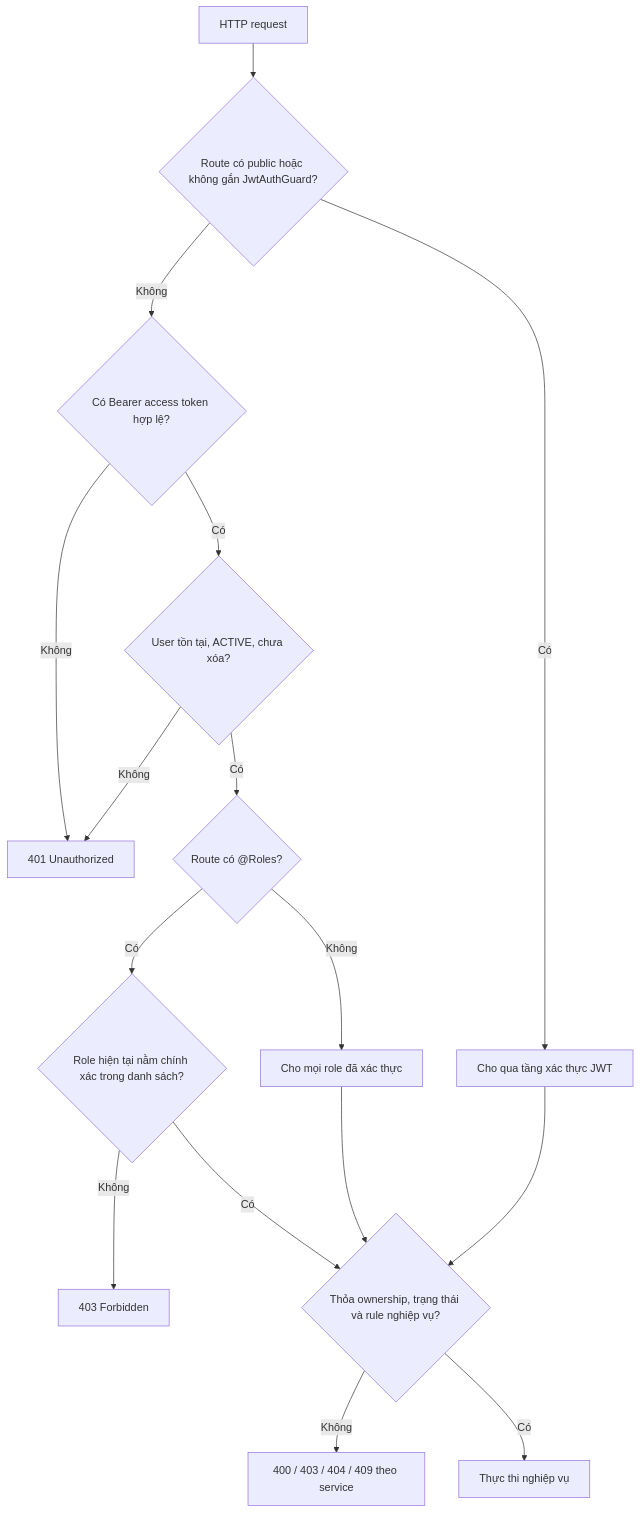
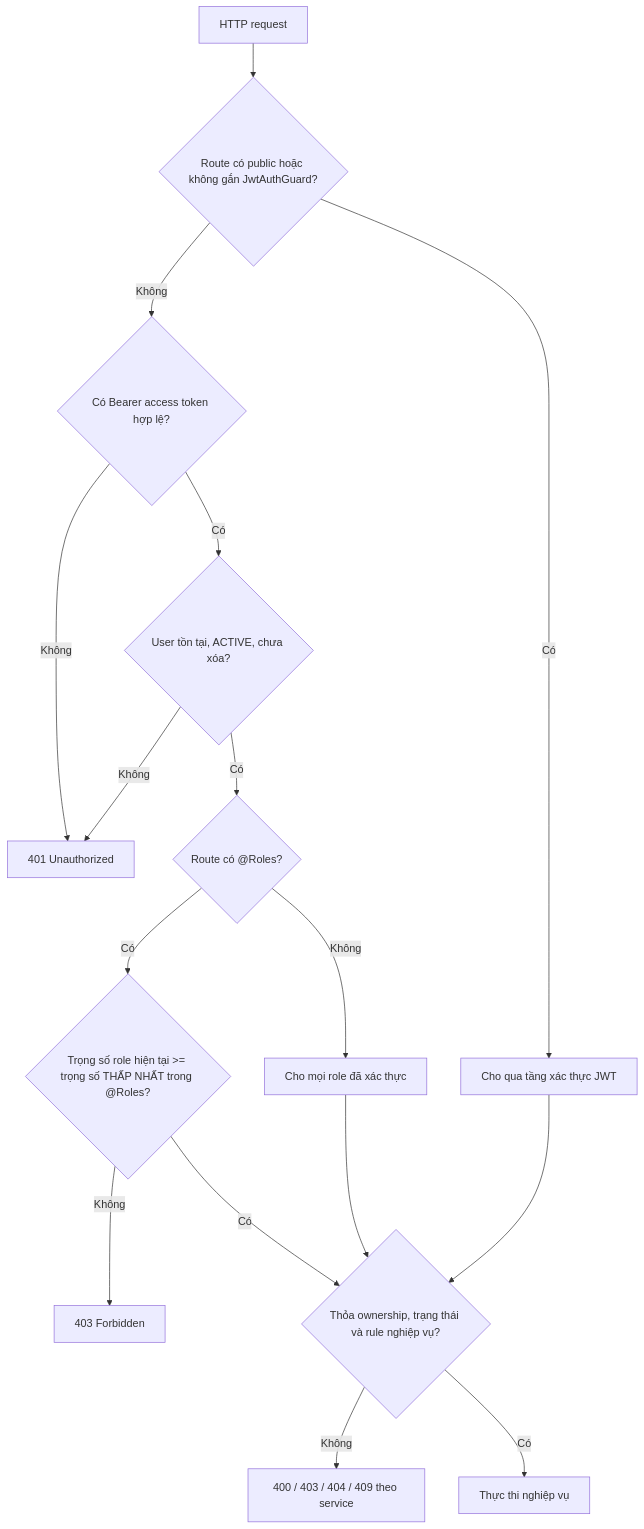
Before and after one commit to ngocha3792/Quan-ly-blog: the diagram in docs/Preview Documentation/ROLE_AND_PERMISSION_MATRIX.md, drawn with Mermaid. The commit also changed other lines of this file and 6 other files, not shown here.

````diff
--- a/docs/Preview Documentation/ROLE_AND_PERMISSION_MATRIX.md
+++ b/docs/Preview Documentation/ROLE_AND_PERMISSION_MATRIX.md
@@ -60,18 +63,18 @@
 ```mermaid
 flowchart TD
     R[HTTP request] --> P{Route có public hoặc không gắn JwtAuthGuard?}
     P -->|Có| PUB[Cho qua tầng xác thực JWT]
     P -->|Không| T{Có Bearer access token hợp lệ?}
     T -->|Không| U401[401 Unauthorized]
     T -->|Có| A{User tồn tại, ACTIVE, chưa xóa?}
     A -->|Không| U401
     A -->|Có| RR{Route có @Roles?}
     RR -->|Không| S[Cho mọi role đã xác thực]
-    RR -->|Có| M{Role hiện tại nằm chính xác trong danh sách?}
+    RR -->|Có| M{Trọng số role hiện tại >= trọng số THẤP NHẤT trong @Roles?}
     M -->|Không| F403[403 Forbidden]
     M -->|Có| B{Thỏa ownership, trạng thái và rule nghiệp vụ?}
     S --> B
     PUB --> B
     B -->|Không| E[400 / 403 / 404 / 409 theo service]
     B -->|Có| OK[Thực thi nghiệp vụ]
 ```
````
